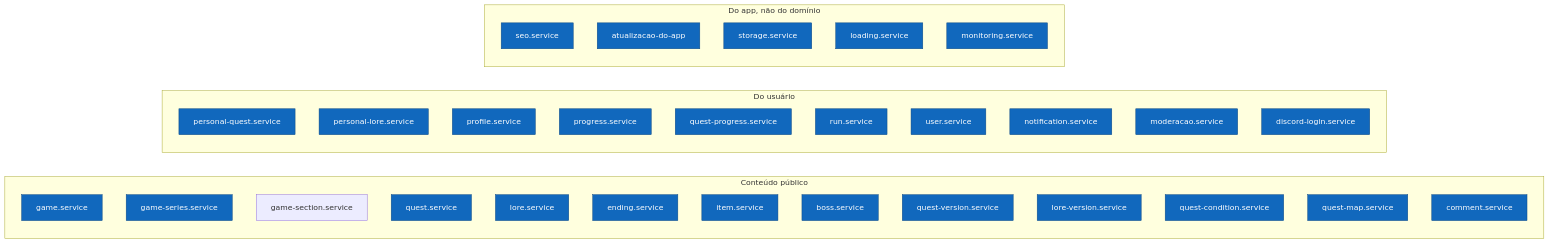
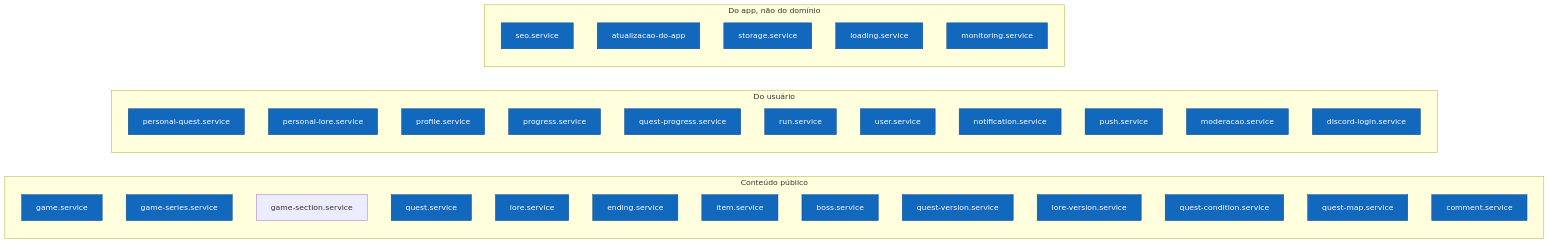
One commit to xcorpiiion/souls-guide-front changed the second of 3 diagrams in docs/arquitetura/c4-3-componentes-front.md. Above: the diagram before and after it, drawn with Mermaid. The commit also changed other lines of this file and 6 other files, not shown here.

````diff
--- a/docs/arquitetura/c4-3-componentes-front.md
+++ b/docs/arquitetura/c4-3-componentes-front.md
@@ -68,42 +68,43 @@
 ```mermaid
 flowchart LR
     subgraph conteudo ["Conteúdo público"]
         game["game.service"]
         gameSeries["game-series.service"]
         gameSection["game-section.service"]
         quest["quest.service"]
         lore["lore.service"]
         ending["ending.service"]
         item["item.service"]
         boss["boss.service"]
         questVersion["quest-version.service"]
         loreVersion["lore-version.service"]
         questCondition["quest-condition.service"]
         questMap["quest-map.service"]
         comment["comment.service"]
     end
 
     subgraph pessoal ["Do usuário"]
         personalQuest["personal-quest.service"]
         personalLore["personal-lore.service"]
         profile["profile.service"]
         progress["progress.service"]
         questProgress["quest-progress.service"]
         run["run.service"]
         user["user.service"]
         notification["notification.service"]
+        push["push.service"]
         moderacao["moderacao.service"]
         discordLogin["discord-login.service"]
     end
 
     subgraph infra ["Do app, não do domínio"]
         seo["seo.service"]
         atualizacao["atualizacao-do-app"]
         storage["storage.service"]
         loading["loading.service"]
         monitoring["monitoring.service"]
     end
 
     classDef s fill:#1168bd,stroke:#0b4884,color:#fff
-    class game,gameSeries,quest,lore,ending,item,boss,questVersion,loreVersion,questCondition,questMap,comment,personalQuest,personalLore,profile,progress,questProgress,run,user,notification,moderacao,discordLogin,seo,atualizacao,storage,loading,monitoring s
+    class game,gameSeries,push,quest,lore,ending,item,boss,questVersion,loreVersion,questCondition,questMap,comment,personalQuest,personalLore,profile,progress,questProgress,run,user,notification,moderacao,discordLogin,seo,atualizacao,storage,loading,monitoring s
 ```
````
